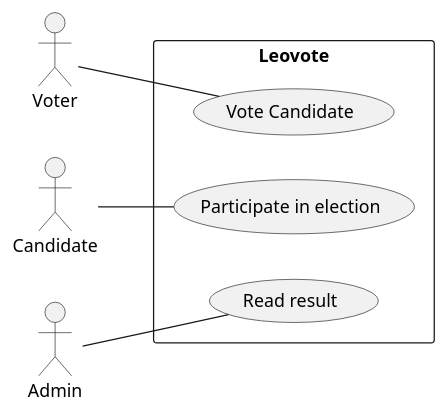
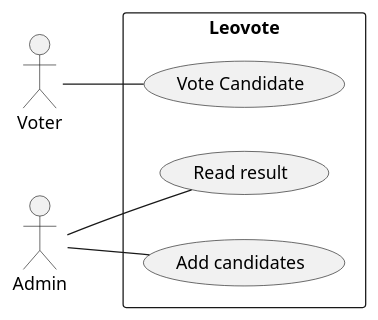
Before and after one commit to 2324-4bhif-syp/2324-4bhif-syp-project-leovote: the diagram in plantuml/ucd.puml, drawn with PlantUML. The commit also changed 1 other file, not shown here.

Commit message:
-fix: overworked diagrams and readme

```diff
--- a/plantuml/ucd.puml
+++ b/plantuml/ucd.puml
@@ -1,15 +1,14 @@
 @startuml
 
 actor Voter as V
-actor Candidate as C
 actor Admin as A
 
 left to right direction
 
 rectangle "Leovote" {
- V -- (Vote Candidate)
- C -- (Participate in election)
- A -- (Read result)
+    V -- (Vote Candidate)
+    A -- (Read result)
+    A -- (Add candidates)
 }
 
 @enduml
```
